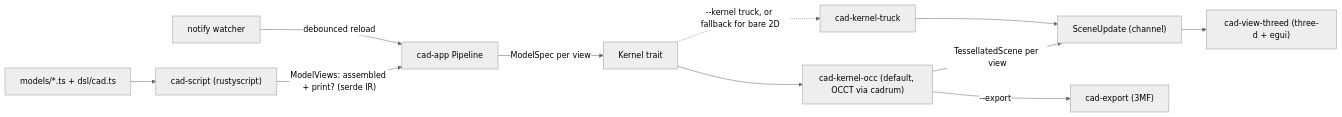
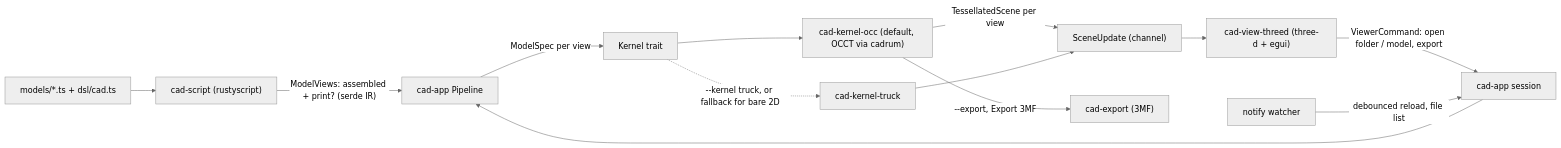
One commit to tyler-goodwin/platecad changed the diagram in architecture/README.md. Above: the diagram before and after it, drawn with Mermaid (neutral theme). The commit also changed other lines of this file and 8 other files, not shown here.

First line of the commit message:
Open folders and export 3MF from the viewer.

````diff
--- a/architecture/README.md
+++ b/architecture/README.md
@@ -13,13 +13,15 @@
 ```mermaid
 flowchart LR
   ts["models/*.ts + dsl/cad.ts"] --> script["cad-script (rustyscript)"]
   script -->|"ModelViews: assembled + print? (serde IR)"| pipeline["cad-app Pipeline"]
   pipeline -->|"ModelSpec per view"| kernel["Kernel trait"]
   kernel --> occ["cad-kernel-occ (default, OCCT via cadrum)"]
   kernel -.->|"--kernel truck, or fallback for bare 2D"| truck["cad-kernel-truck"]
   occ -->|"TessellatedScene per view"| update["SceneUpdate (channel)"]
   truck --> update
   update --> view["cad-view-threed (three-d + egui)"]
-  occ -->|"--export"| export["cad-export (3MF)"]
-  watch["notify watcher"] -->|"debounced reload"| pipeline
+  view -->|"ViewerCommand: open folder / model, export"| session["cad-app session"]
+  session --> pipeline
+  occ -->|"--export, Export 3MF"| export["cad-export (3MF)"]
+  watch["notify watcher"] -->|"debounced reload, file list"| session
 ```
````
